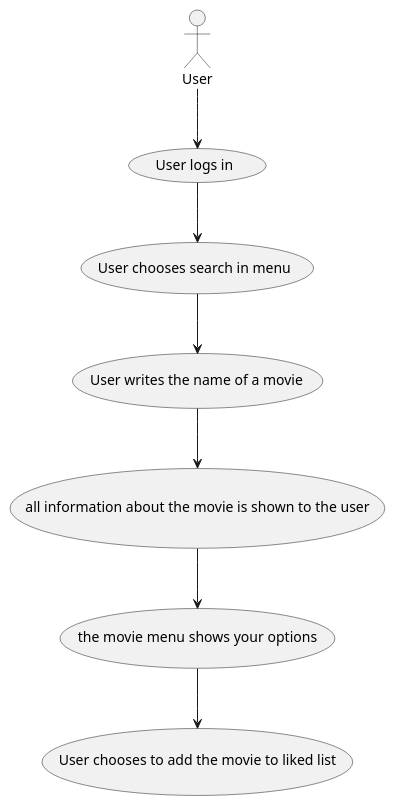
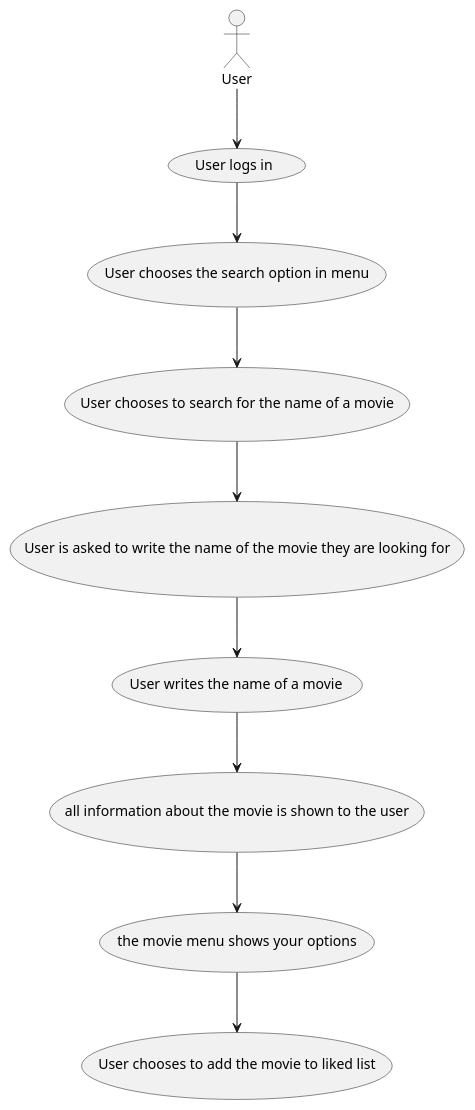
One commit to Inga-Helgadottir/SP5-J.A.I.R changed the diagram in planningSP5/usecaseAddToLiked.wsd. Above: the diagram before and after it, drawn with PlantUML. The commit also changed 4 other files, not shown here.

```diff
--- a/planningSP5/usecaseAddToLiked.wsd
+++ b/planningSP5/usecaseAddToLiked.wsd
@@ -1,9 +1,11 @@
-@startuml SP3
+@startuml SP5
 
 :User: --> (User logs in)
-(User logs in) --> (User chooses search in menu)
-(User chooses search in menu) --> (User writes the name of a movie)
+(User logs in) --> (User chooses the search option in menu)
+(User chooses the search option in menu) --> (User chooses to search for the name of a movie)
+(User chooses to search for the name of a movie) --> (User is asked to write the name of the movie they are looking for)
+(User is asked to write the name of the movie they are looking for) --> (User writes the name of a movie)
 (User writes the name of a movie) --> (all information about the movie is shown to the user)
 (all information about the movie is shown to the user) --> (the movie menu shows your options)
 (the movie menu shows your options) --> (User chooses to add the movie to liked list)
 @enduml
```
